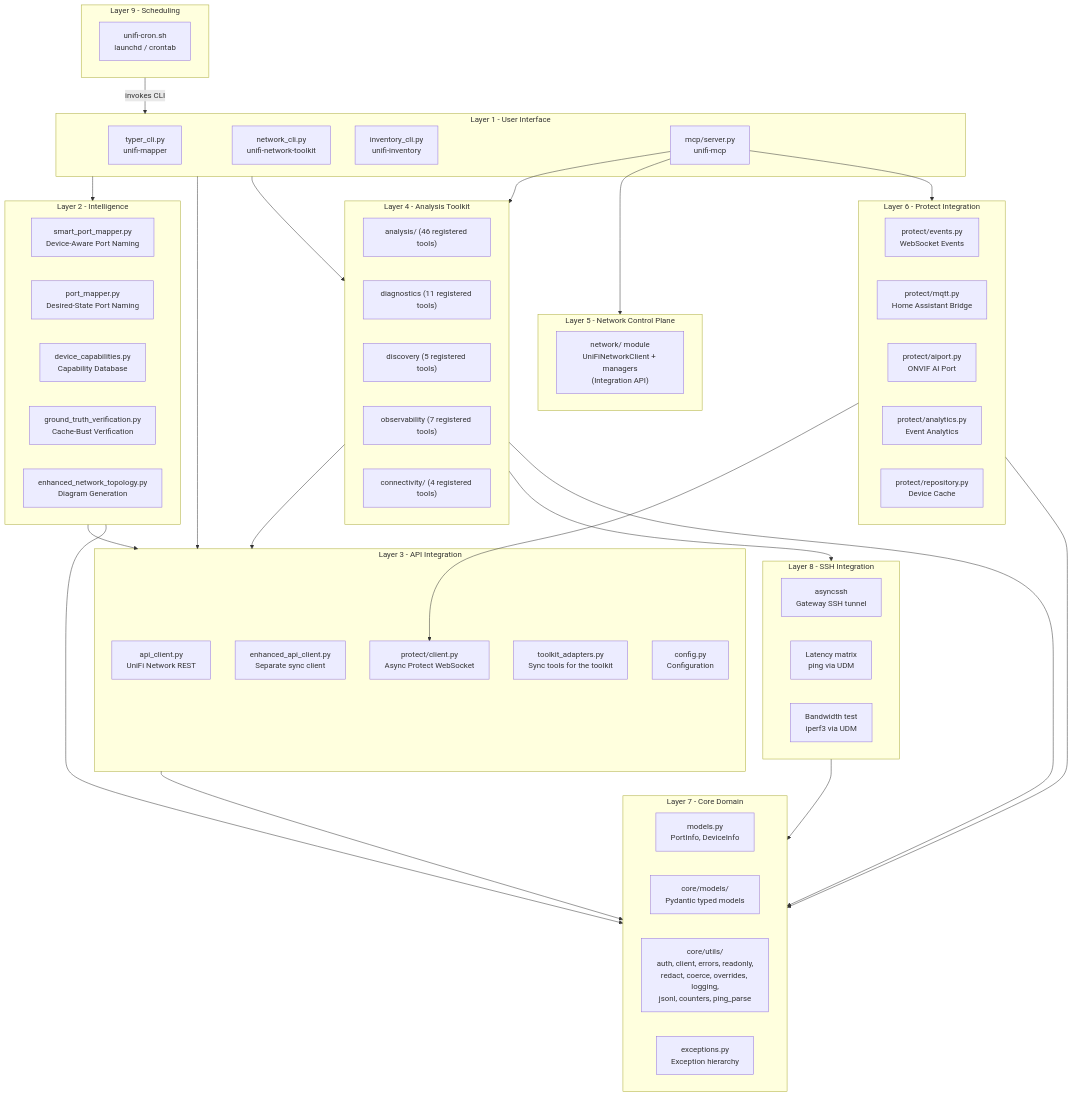
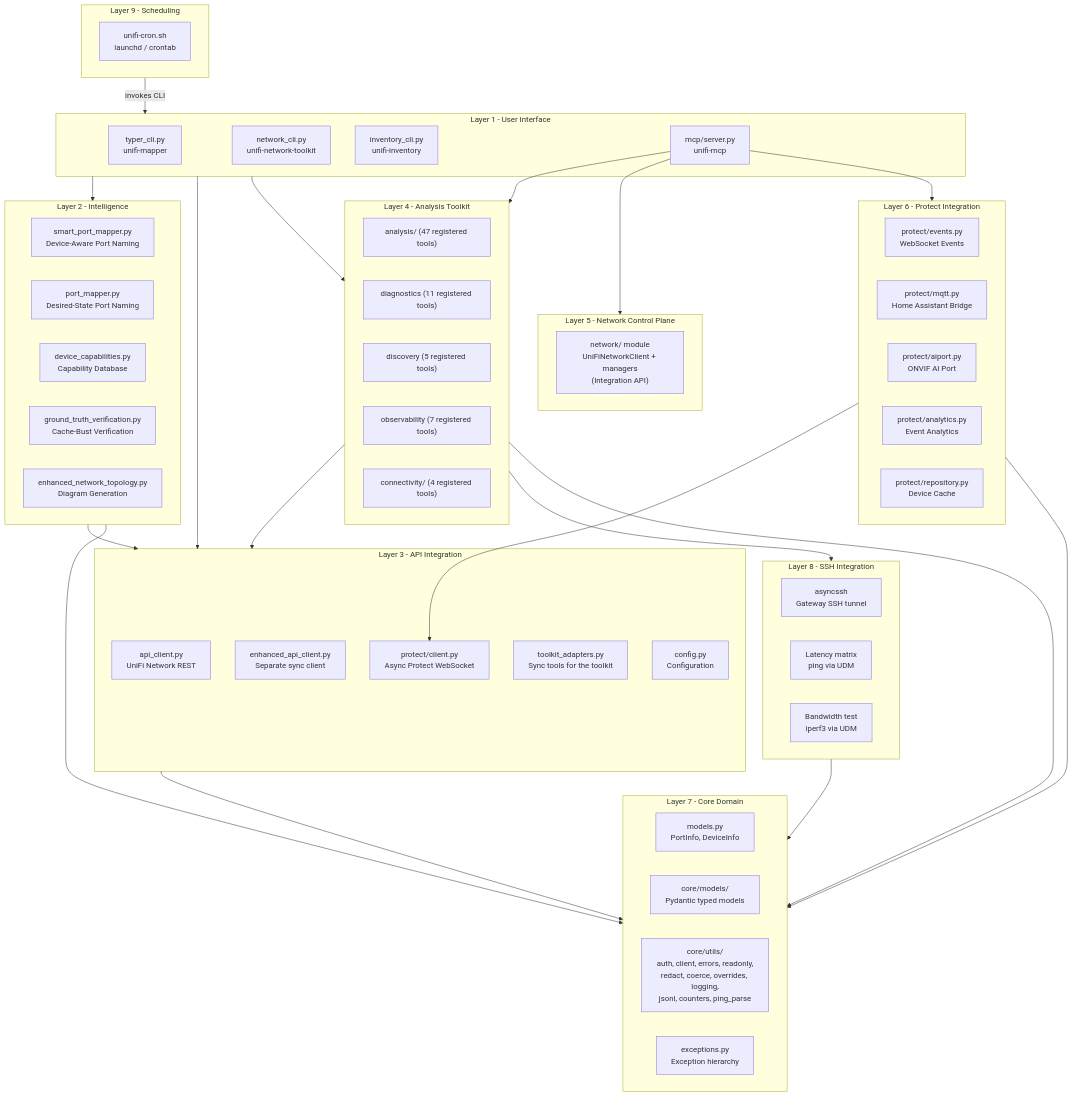
Before and after one commit to NetDevAutomate/unifi_management_cli: the first of 21 diagrams in docs/architecture/architecture-overview.md, drawn with Mermaid. The commit also changed other lines of this file and 14 other files, not shown here.

````diff
--- a/docs/architecture/architecture-overview.md
+++ b/docs/architecture/architecture-overview.md
@@ -55,79 +55,79 @@
 ```mermaid
 graph TB
     subgraph UI["Layer 1 - User Interface"]
         TC["typer_cli.py\nunifi-mapper"]
         NC["network_cli.py\nunifi-network-toolkit"]
         IC["inventory_cli.py\nunifi-inventory"]
         MCP["mcp/server.py\nunifi-mcp"]
     end
 
     subgraph SCHED["Layer 9 - Scheduling"]
         CRON["unifi-cron.sh\nlaunchd / crontab"]
     end
 
     subgraph INT["Layer 2 - Intelligence"]
         SPM["smart_port_mapper.py\nDevice-Aware Port Naming"]
         PM["port_mapper.py\nDesired-State Port Naming"]
         DC["device_capabilities.py\nCapability Database"]
         GTV["ground_truth_verification.py\nCache-Bust Verification"]
         NT["enhanced_network_topology.py\nDiagram Generation"]
     end
 
     subgraph API["Layer 3 - API Integration"]
         AC["api_client.py\nUniFi Network REST"]
         EAC["enhanced_api_client.py\nSeparate sync client"]
         PC["protect/client.py\nAsync Protect WebSocket"]
         TA["toolkit_adapters.py\nSync tools for the toolkit"]
         CFG["config.py\nConfiguration"]
     end
 
     subgraph AT["Layer 4 - Analysis Toolkit"]
-        AN["analysis/ (46 registered tools)"]
+        AN["analysis/ (47 registered tools)"]
         DG["diagnostics (11 registered tools)"]
         DS["discovery (5 registered tools)"]
         OB["observability (7 registered tools)"]
         CN["connectivity/ (4 registered tools)"]
     end
 
     subgraph SSH["Layer 8 - SSH Integration"]
         SSHL["asyncssh\nGateway SSH tunnel"]
         PING["Latency matrix\nping via UDM"]
         IPERF["Bandwidth test\niperf3 via UDM"]
     end
 
     subgraph NCP["Layer 5 - Network Control Plane"]
         NW["network/ module\nUniFiNetworkClient + managers\n(Integration API)"]
     end
 
     subgraph PR["Layer 6 - Protect Integration"]
         PE["protect/events.py\nWebSocket Events"]
         PQ["protect/mqtt.py\nHome Assistant Bridge"]
         PAI["protect/aiport.py\nONVIF AI Port"]
         PAN["protect/analytics.py\nEvent Analytics"]
         PRE["protect/repository.py\nDevice Cache"]
     end
 
     subgraph CD["Layer 7 - Core Domain"]
         MD["models.py\nPortInfo, DeviceInfo"]
         CM["core/models/\nPydantic typed models"]
         CU["core/utils/\nauth, client, errors, readonly,\nredact, coerce, overrides, logging,\njsonl, counters, ping_parse"]
         EX["exceptions.py\nException hierarchy"]
     end
 
     SCHED -->|"invokes CLI"| UI
     UI --> INT
     UI --> API
     UI --> AT
     INT --> API
     INT --> CD
     API --> CD
     AT --> API
     AT --> SSH
     AT --> CD
     PR --> PC
     PR --> CD
     MCP --> AT
     MCP --> NCP
     MCP --> PR
     SSH --> CD
 ```
````
